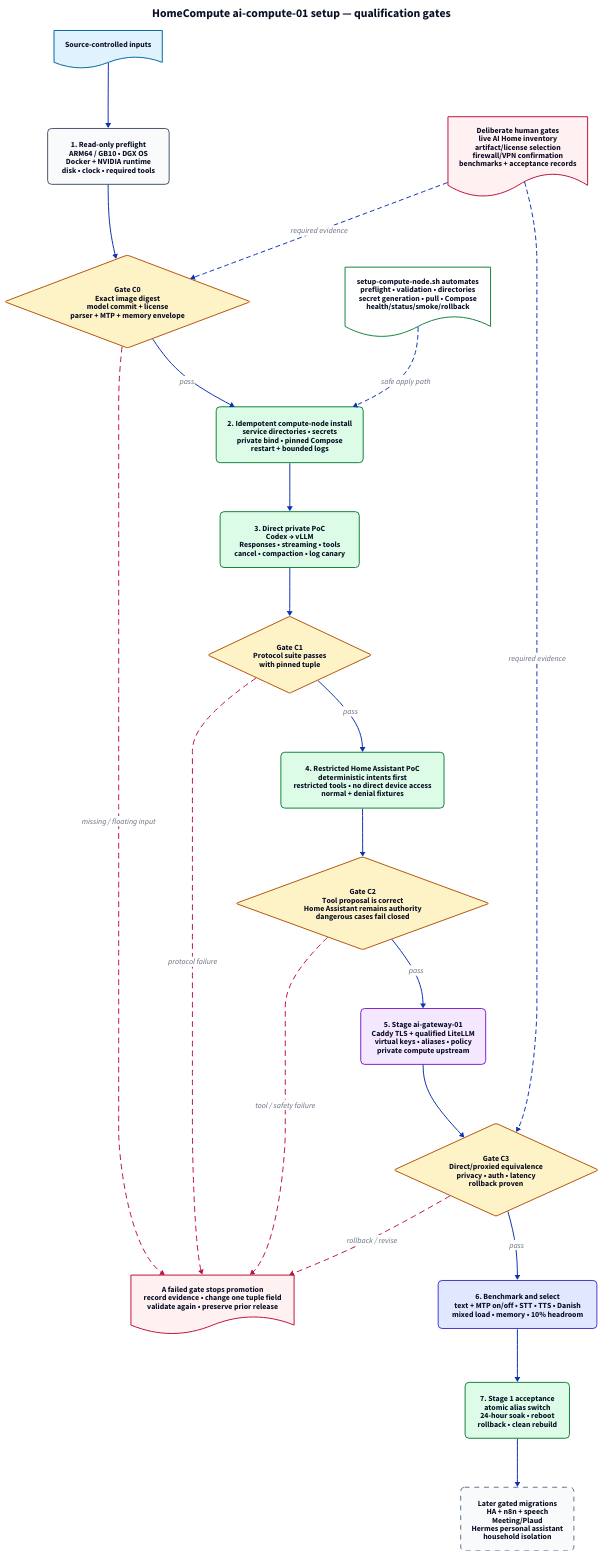
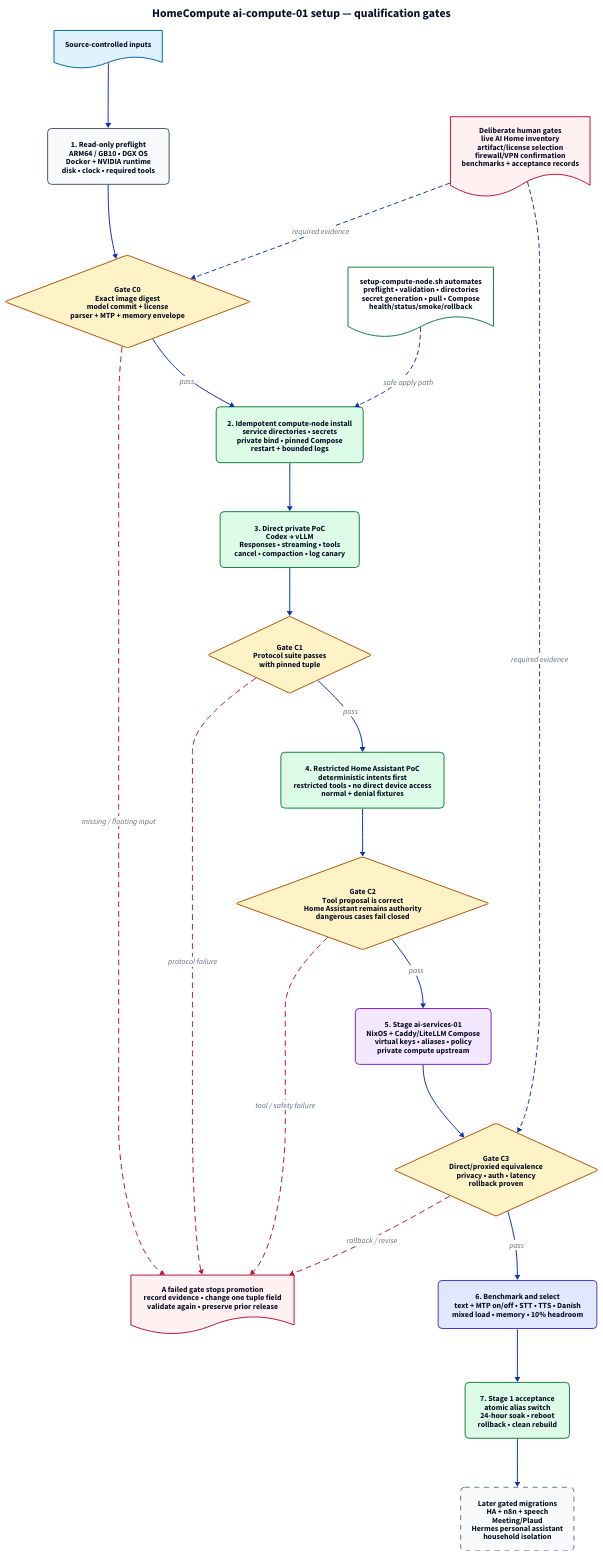
Before and after one commit to madslundt/HomeCompute: the diagram in diagrams/gb10-installation.d2, drawn with D2. The commit also changed 89 other files, not shown here.

Commit message:
feat: add reproducible NixOS control plane

```diff
--- a/diagrams/gb10-installation.d2
+++ b/diagrams/gb10-installation.d2
@@ -1,108 +1,108 @@
 direction: down
 
 title: {
   label: "HomeCompute ai-compute-01 setup — qualification gates"
   shape: text
   near: top-center
   style: { font-size: 24; bold: true }
 }
 
 source: "Source-controlled inputs" {
   shape: document
   style: { fill: "#E0F2FE"; stroke: "#0369A1" }
 }
 
 preflight: "1. Read-only preflight\nARM64 / GB10 • DGX OS\nDocker + NVIDIA runtime\ndisk • clock • required tools" {
   style: { fill: "#F8FAFC"; stroke: "#475569"; border-radius: 8 }
 }
 
 gate_c0: "Gate C0\nExact image digest\nmodel commit + license\nparser + MTP + memory envelope" {
   shape: diamond
   style: { fill: "#FEF3C7"; stroke: "#B45309" }
 }
 
 install: "2. Idempotent compute-node install\nservice directories • secrets\nprivate bind • pinned Compose\nrestart + bounded logs" {
   style: { fill: "#DCFCE7"; stroke: "#15803D"; border-radius: 8 }
 }
 
 direct: "3. Direct private PoC\nCodex → vLLM\nResponses • streaming • tools\ncancel • compaction • log canary" {
   style: { fill: "#DCFCE7"; stroke: "#15803D"; border-radius: 8 }
 }
 
 gate_c1: "Gate C1\nProtocol suite passes\nwith pinned tuple" {
   shape: diamond
   style: { fill: "#FEF3C7"; stroke: "#B45309" }
 }
 
 ha_poc: "4. Restricted Home Assistant PoC\ndeterministic intents first\nrestricted tools • no direct device access\nnormal + denial fixtures" {
   style: { fill: "#DCFCE7"; stroke: "#15803D"; border-radius: 8 }
 }
 
 gate_c2: "Gate C2\nTool proposal is correct\nHome Assistant remains authority\ndangerous cases fail closed" {
   shape: diamond
   style: { fill: "#FEF3C7"; stroke: "#B45309" }
 }
 
-control: "5. Stage ai-gateway-01\nCaddy TLS + qualified LiteLLM\nvirtual keys • aliases • policy\nprivate compute upstream" {
+control: "5. Stage ai-services-01\nNixOS + Caddy/LiteLLM Compose\nvirtual keys • aliases • policy\nprivate compute upstream" {
   style: { fill: "#F3E8FF"; stroke: "#7E22CE"; border-radius: 8 }
 }
 
 gate_c3: "Gate C3\nDirect/proxied equivalence\nprivacy • auth • latency\nrollback proven" {
   shape: diamond
   style: { fill: "#FEF3C7"; stroke: "#B45309" }
 }
 
 rework: "A failed gate stops promotion\nrecord evidence • change one tuple field\nvalidate again • preserve prior release" {
   shape: document
   style: { fill: "#FFF1F2"; stroke: "#BE123C" }
 }
 
 benchmark: "6. Benchmark and select\ntext + MTP on/off • STT • TTS • Danish\nmixed load • memory • 10% headroom" {
   style: { fill: "#E0E7FF"; stroke: "#4338CA"; border-radius: 8 }
 }
 
 stage1: "7. Stage 1 acceptance\natomic alias switch\n24-hour soak • reboot\nrollback • clean rebuild" {
   style: { fill: "#DCFCE7"; stroke: "#15803D"; border-radius: 8 }
 }
 
 later: "Later gated migrations\nHA + n8n + speech\nMeeting/Plaud\nHermes personal assistant\nhousehold isolation" {
   style: { fill: "#F8FAFC"; stroke: "#64748B"; stroke-dash: 5; border-radius: 8 }
 }
 
 source -> preflight -> gate_c0
 gate_c0 -> install: "pass"
 install -> direct -> gate_c1
 gate_c1 -> ha_poc: "pass"
 ha_poc -> gate_c2
 gate_c2 -> control: "pass"
 control -> gate_c3
 gate_c3 -> benchmark: "pass"
 benchmark -> stage1 -> later
 
 gate_c0 -> rework: "missing / floating input" {
   style.stroke: "#BE123C"
   style.stroke-dash: 5
 }
 gate_c1 -> rework: "protocol failure" {
   style.stroke: "#BE123C"
   style.stroke-dash: 5
 }
 gate_c2 -> rework: "tool / safety failure" {
   style.stroke: "#BE123C"
   style.stroke-dash: 5
 }
 gate_c3 -> rework: "rollback / revise" {
   style.stroke: "#BE123C"
   style.stroke-dash: 5
 }
 
 automation: "setup-compute-node.sh automates\npreflight • validation • directories\nsecret generation • pull • Compose\nhealth/status/smoke/rollback"
 automation.shape: document
 automation.style: { fill: "#FFFFFF"; stroke: "#15803D" }
 automation -> install: "safe apply path" { style.stroke-dash: 4 }
 
 manual: "Deliberate human gates\nlive AI Home inventory\nartifact/license selection\nfirewall/VPN confirmation\nbenchmarks + acceptance records"
 manual.shape: document
 manual.style: { fill: "#FFF1F2"; stroke: "#BE123C" }
 manual -> gate_c0: "required evidence" { style.stroke-dash: 4 }
 manual -> gate_c3: "required evidence" { style.stroke-dash: 4 }
```
